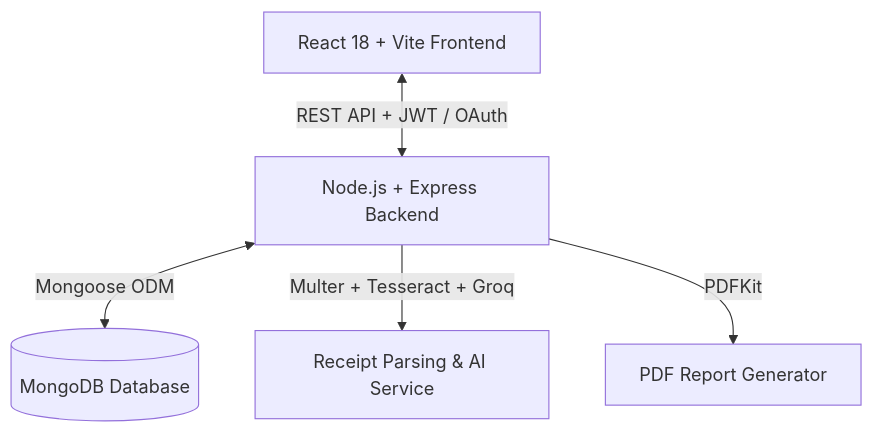
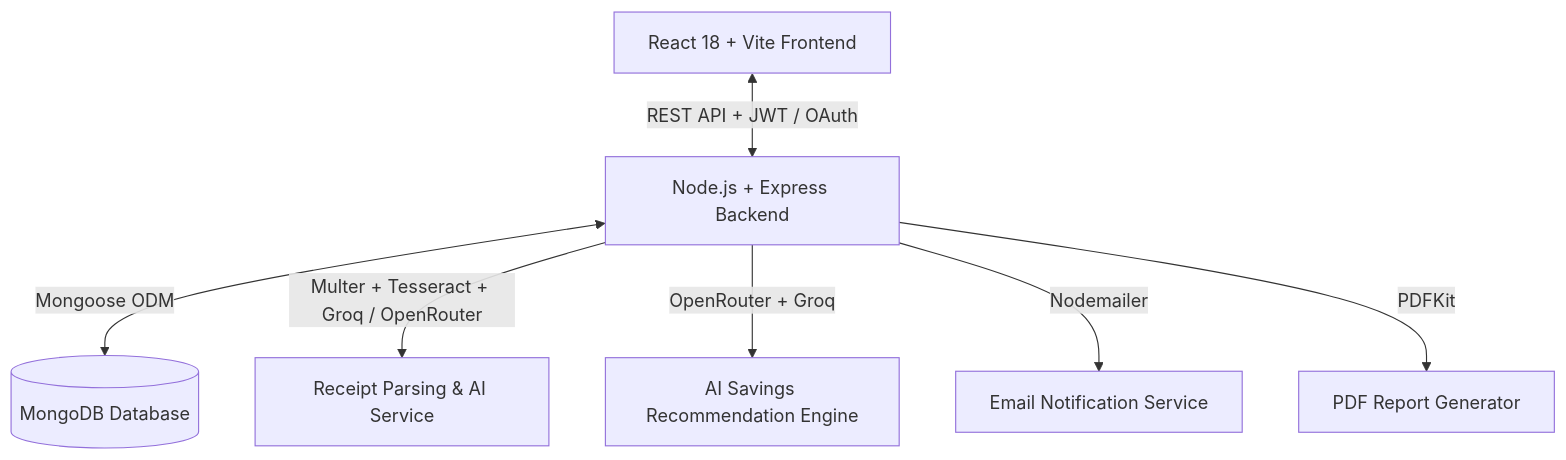
One commit to Rushikesh678/nexustrip changed the third of 3 diagrams in README.md. Above: the diagram before and after it, drawn with Mermaid. The commit also changed other lines of this file, not shown here.

````diff
--- a/README.md
+++ b/README.md
@@ -141,7 +199,9 @@
 ```mermaid
 flowchart TD
     Client[React 18 + Vite Frontend] <-->|REST API + JWT / OAuth| Server[Node.js + Express Backend]
     Server <-->|Mongoose ODM| DB[(MongoDB Database)]
-    Server -->|Multer + Tesseract + Groq| OCR[Receipt Parsing & AI Service]
+    Server -->|Multer + Tesseract + Groq / OpenRouter| OCR[Receipt Parsing & AI Service]
+    Server -->|OpenRouter + Groq| Savings[AI Savings Recommendation Engine]
+    Server -->|Nodemailer| Mailer[Email Notification Service]
     Server -->|PDFKit| Reports[PDF Report Generator]
 ```
````
